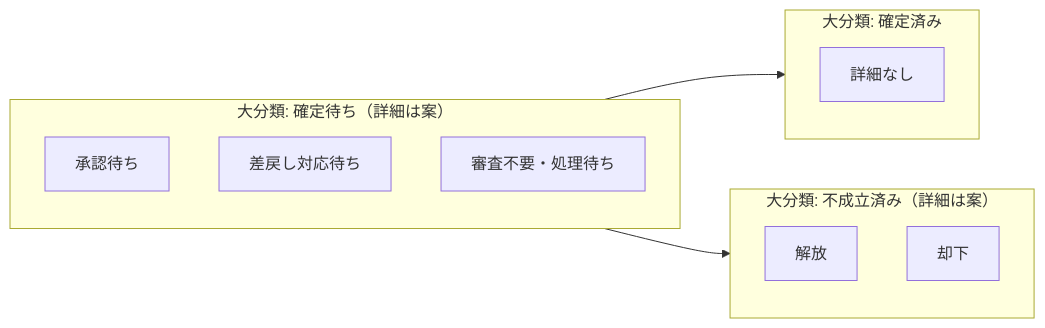
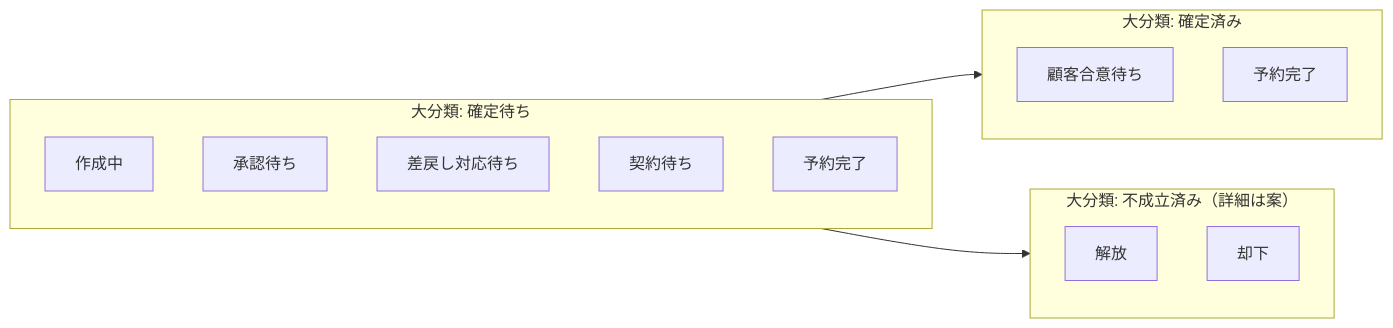
Before and after one commit to keisuke-ota-adc/AutoAssignAgent: the third of 5 diagrams in docs/data-model-flowchart.md, drawn with Mermaid. The commit also changed other lines of this file and 4 other files, not shown here.

````diff
--- a/docs/data-model-flowchart.md
+++ b/docs/data-model-flowchart.md
@@ -96,20 +96,23 @@
 ```mermaid
 flowchart LR
-  subgraph r1["大分類: 確定待ち（詳細は案）"]
+  subgraph r1["大分類: 確定待ち"]
     direction TB
+    r1d[作成中]
     r1a[承認待ち]
     r1b[差戻し対応待ち]
-    r1c[審査不要・処理待ち]
+    r1c[契約待ち]
+    r1e[予約完了]
   end
   subgraph r2["大分類: 確定済み"]
     direction TB
-    r2l2[詳細なし]
+    r2a[顧客合意待ち]
+    r2b[予約完了]
   end
   subgraph r3["大分類: 不成立済み（詳細は案）"]
     direction TB
     r3a[解放]
     r3b[却下]
   end
   r1 --> r2
   r1 --> r3
 ```
````
